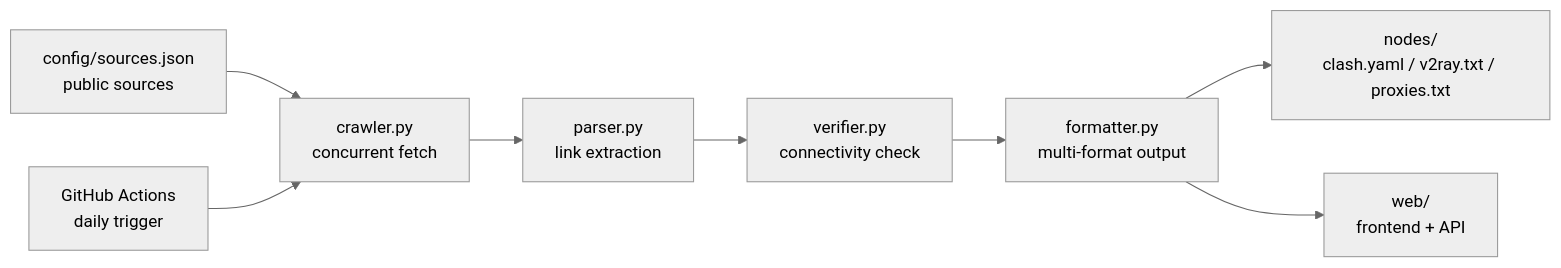
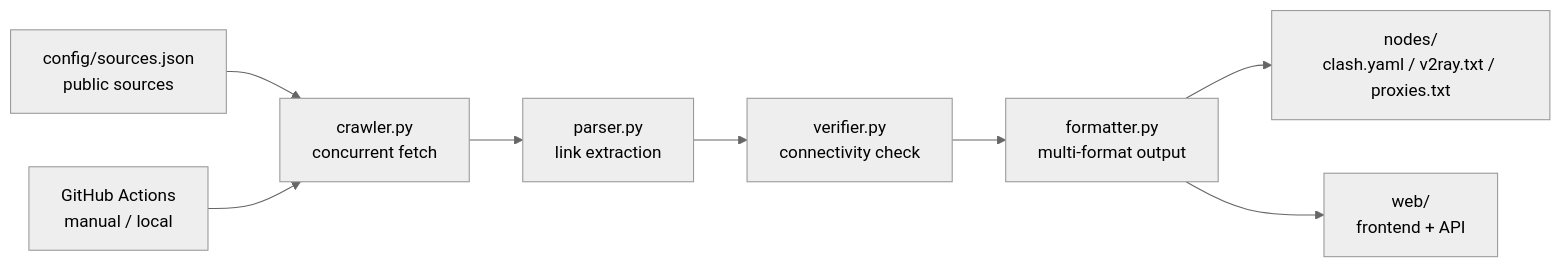
Before and after one commit to weed33834/freenode: the diagram in README.md, drawn with Mermaid (neutral theme). The commit also changed other lines of this file and 17 other files, not shown here.

````diff
--- a/README.md
+++ b/README.md
@@ -87,10 +87,10 @@
 ```mermaid
 flowchart LR
     A[config/sources.json<br/>public sources] --> B[crawler.py<br/>concurrent fetch]
     B --> C[parser.py<br/>link extraction]
     C --> D[verifier.py<br/>connectivity check]
     D --> E[formatter.py<br/>multi-format output]
     E --> F[nodes/<br/>clash.yaml / v2ray.txt / proxies.txt]
     E --> G[web/<br/>frontend + API]
-    H[GitHub Actions<br/>daily trigger] --> B
+    H[GitHub Actions<br/>manual / local] --> B
 ```
````
